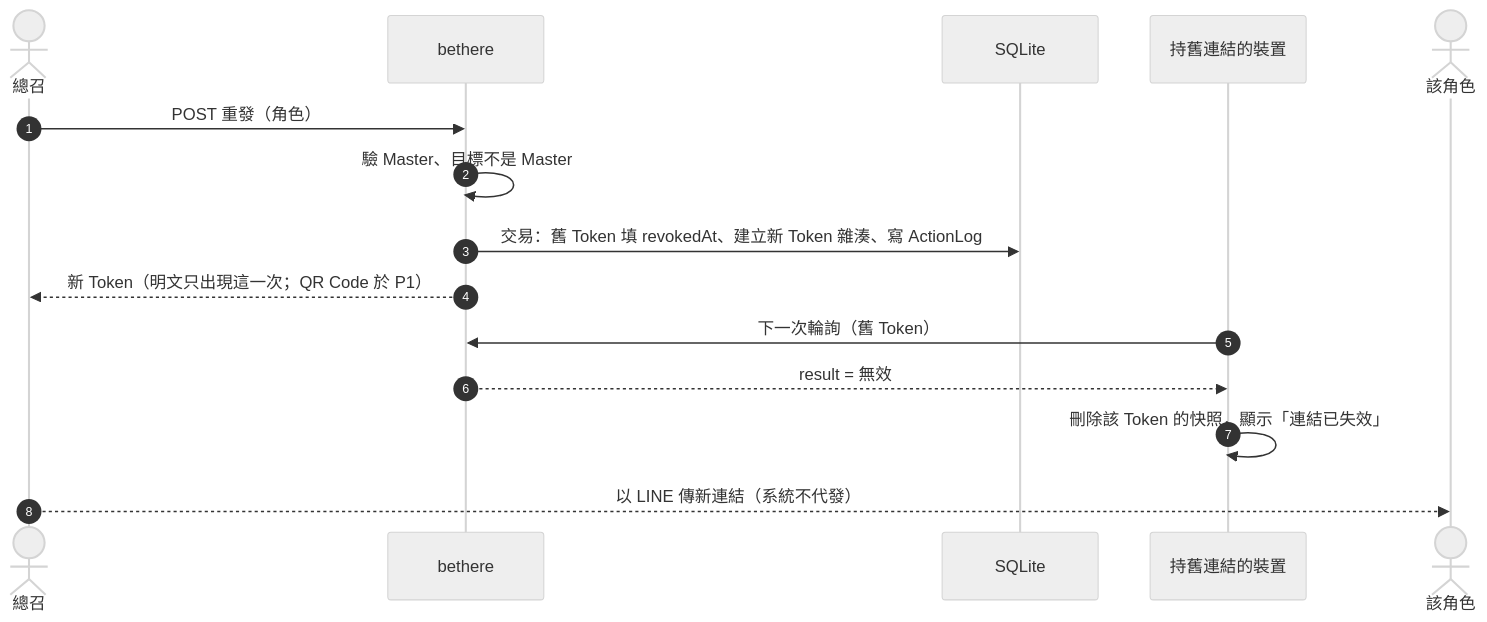
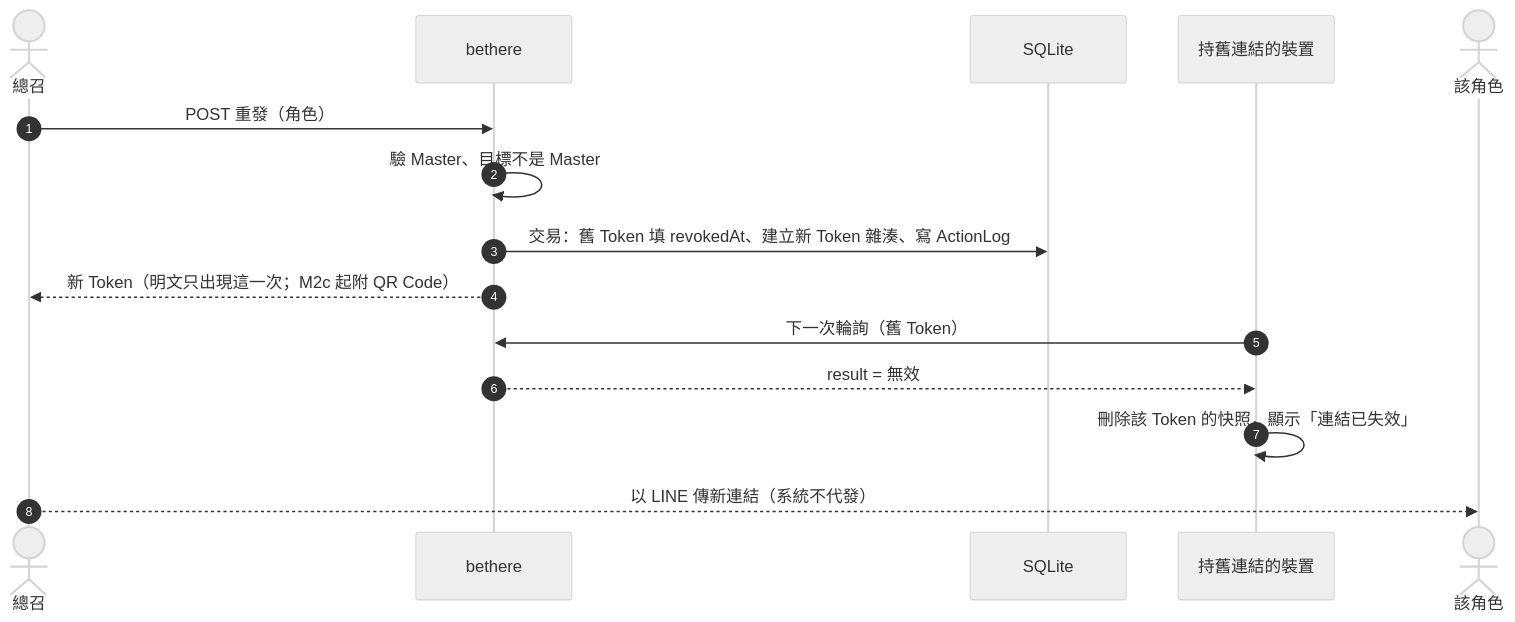
One commit to BensonPigo/bethere changed the third of 3 diagrams in docs/design/access-control.md. Above: the diagram before and after it, drawn with Mermaid (neutral theme). The commit also changed other lines of this file and 4 other files, not shown here.

````diff
--- a/docs/design/access-control.md
+++ b/docs/design/access-control.md
@@ -130,18 +130,18 @@
 ```mermaid
 sequenceDiagram
     autonumber
     actor M as 總召
     participant S as bethere
     participant D as SQLite
     participant Old as 持舊連結的裝置
     actor R as 該角色
 
     M->>S: POST 重發（角色）
     S->>S: 驗 Master、目標不是 Master
     S->>D: 交易：舊 Token 填 revokedAt、建立新 Token 雜湊、寫 ActionLog
-    S-->>M: 新 Token（明文只出現這一次；QR Code 於 P1）
+    S-->>M: 新 Token（明文只出現這一次；M2c 起附 QR Code）
     Old->>S: 下一次輪詢（舊 Token）
     S-->>Old: result = 無效
     Old->>Old: 刪除該 Token 的快照，顯示「連結已失效」
     M-->>R: 以 LINE 傳新連結（系統不代發）
 ```
````
